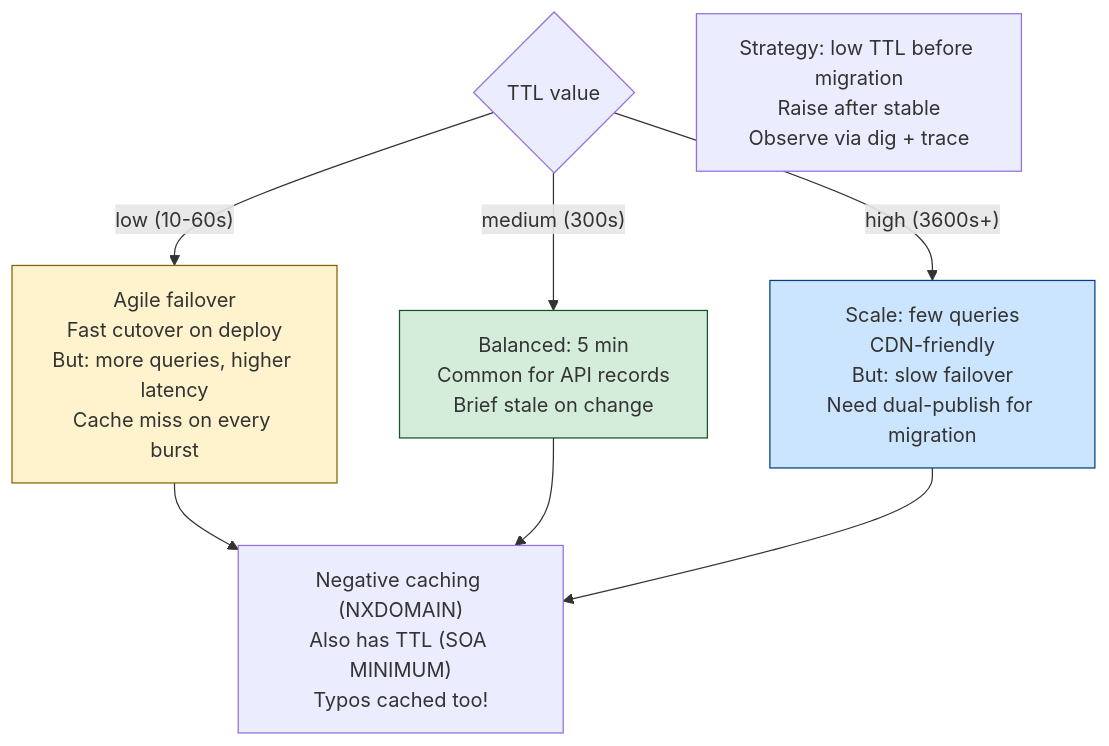
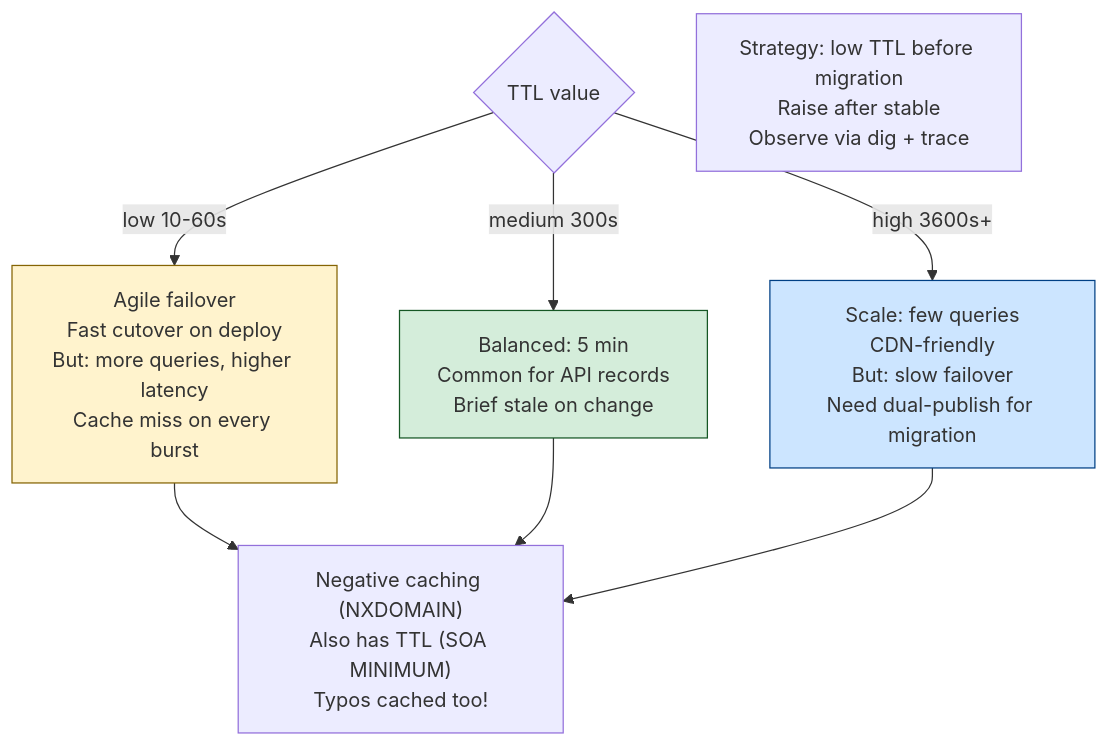
The fourth of 8 diagrams in vol-03-networking/ch05-dns.md (bumbsclaw/textbooks), drawn with Mermaid before and after one commit. The commit also changed 173 other files, not shown here.

First line of the commit message:
fix(mermaid): close note brackets, semicolons in Notes, stateDiagram br -> dash, edge parens

````diff
--- a/vol-03-networking/ch05-dns.md
+++ b/vol-03-networking/ch05-dns.md
@@ -338,14 +338,14 @@
 ```mermaid
 flowchart TD
     TTL{"TTL value"}
-    TTL -->|"low (10-60s)"| Low["Agile failover<br/>Fast cutover on deploy<br/>But: more queries, higher latency<br/>Cache miss on every burst"]
-    TTL -->|"medium (300s)"| Med["Balanced: 5 min<br/>Common for API records<br/>Brief stale on change"]
-    TTL -->|"high (3600s+)"| High["Scale: few queries<br/>CDN-friendly<br/>But: slow failover<br/>Need dual-publish for migration"]
+    TTL -->|"low 10-60s "| Low["Agile failover<br/>Fast cutover on deploy<br/>But: more queries, higher latency<br/>Cache miss on every burst"]
+    TTL -->|"medium 300s "| Med["Balanced: 5 min<br/>Common for API records<br/>Brief stale on change"]
+    TTL -->|"high 3600s+ "| High["Scale: few queries<br/>CDN-friendly<br/>But: slow failover<br/>Need dual-publish for migration"]
     Low --> Neg["Negative caching (NXDOMAIN)<br/>Also has TTL (SOA MINIMUM)<br/>Typos cached too!"]
     Med --> Neg
     High --> Neg
     Note["Strategy: low TTL before migration<br/>Raise after stable<br/>Observe via dig + trace"]
     style Low fill:#fff3cd,stroke:#856404
     style High fill:#cce5ff,stroke:#004085
     style Med fill:#d4edda,stroke:#155724
 ```
````
